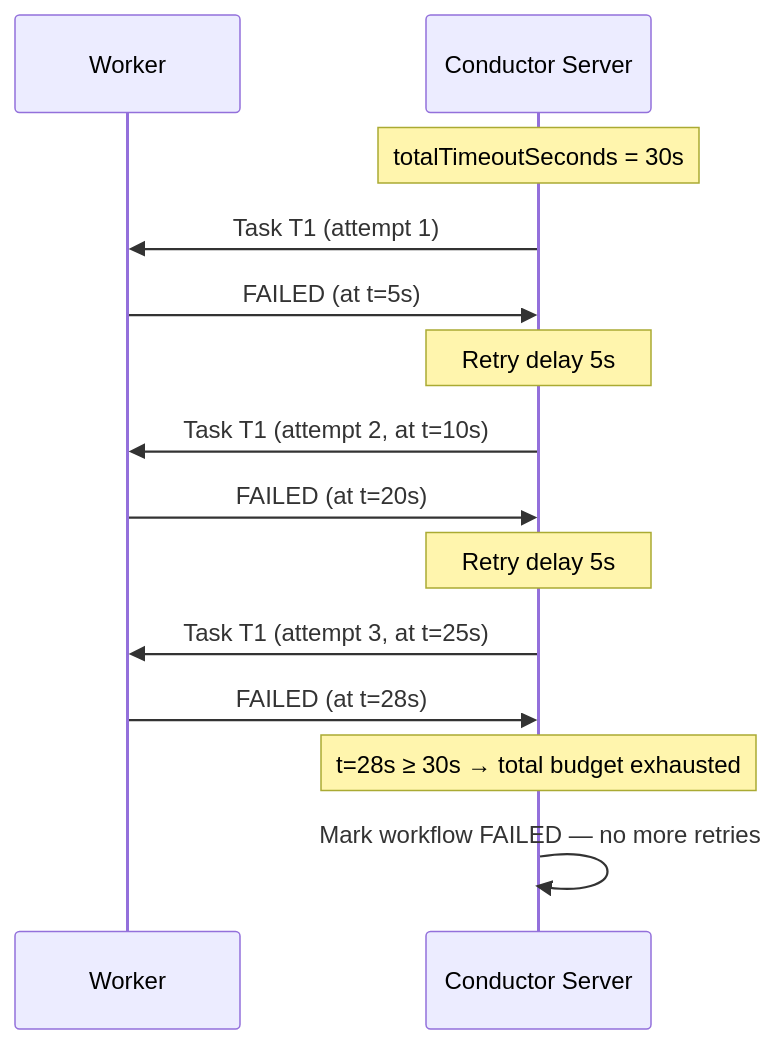
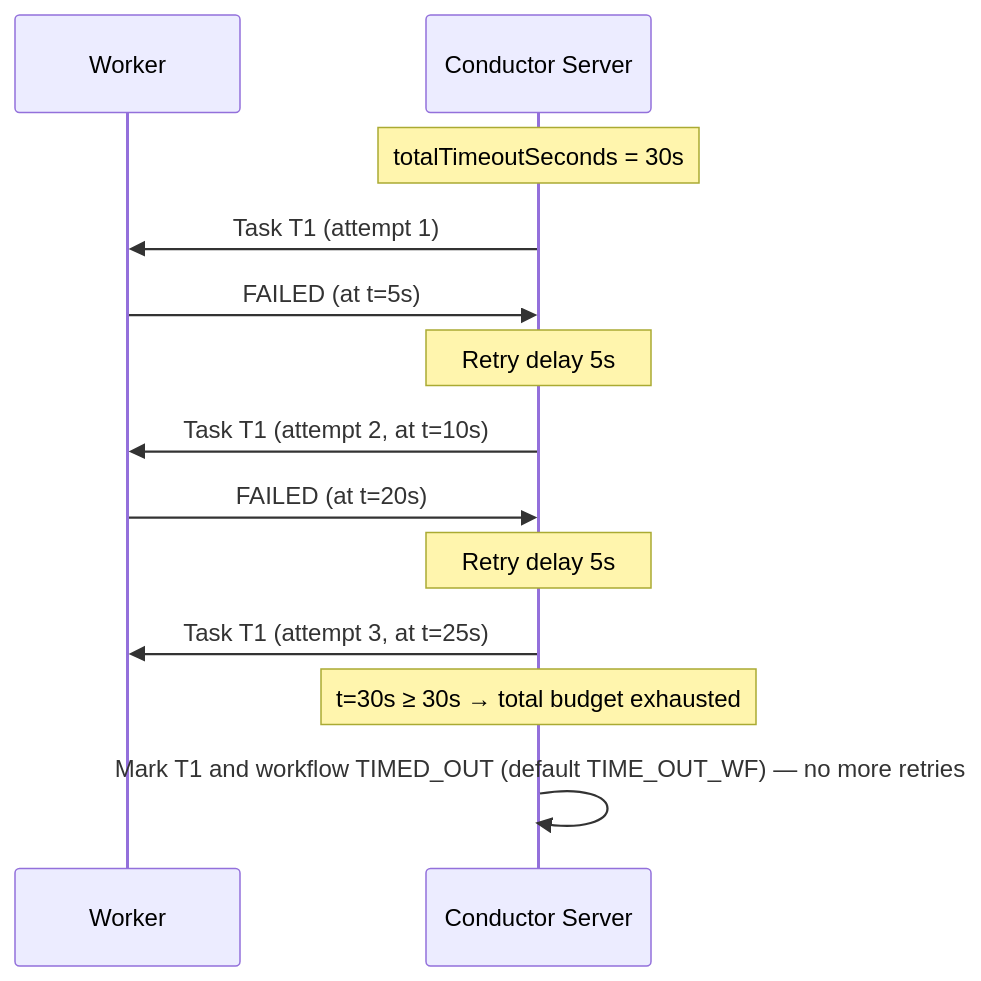
One commit to conductor-oss/conductor changed the sixth of 6 diagrams in docs/devguide/architecture/tasklifecycle.md. Above: the diagram before and after it, drawn with Mermaid. The commit also changed other lines of this file and 194 other files, not shown here.

````diff
--- a/docs/devguide/architecture/tasklifecycle.md
+++ b/docs/devguide/architecture/tasklifecycle.md
@@ -157,17 +167,16 @@
 ```mermaid
 sequenceDiagram
     participant W as Worker
     participant C as Conductor Server
 
     Note over C: totalTimeoutSeconds = 30s
     C->>W: Task T1 (attempt 1)
     W->>C: FAILED (at t=5s)
     Note over C: Retry delay 5s
     C->>W: Task T1 (attempt 2, at t=10s)
     W->>C: FAILED (at t=20s)
     Note over C: Retry delay 5s
     C->>W: Task T1 (attempt 3, at t=25s)
-    W->>C: FAILED (at t=28s)
-    Note over C: t=28s ≥ 30s → total budget exhausted
-    C->>C: Mark workflow FAILED — no more retries
+    Note over C: t=30s ≥ 30s → total budget exhausted
+    C->>C: Mark T1 and workflow TIMED_OUT (default TIME_OUT_WF) — no more retries
 ```
````
